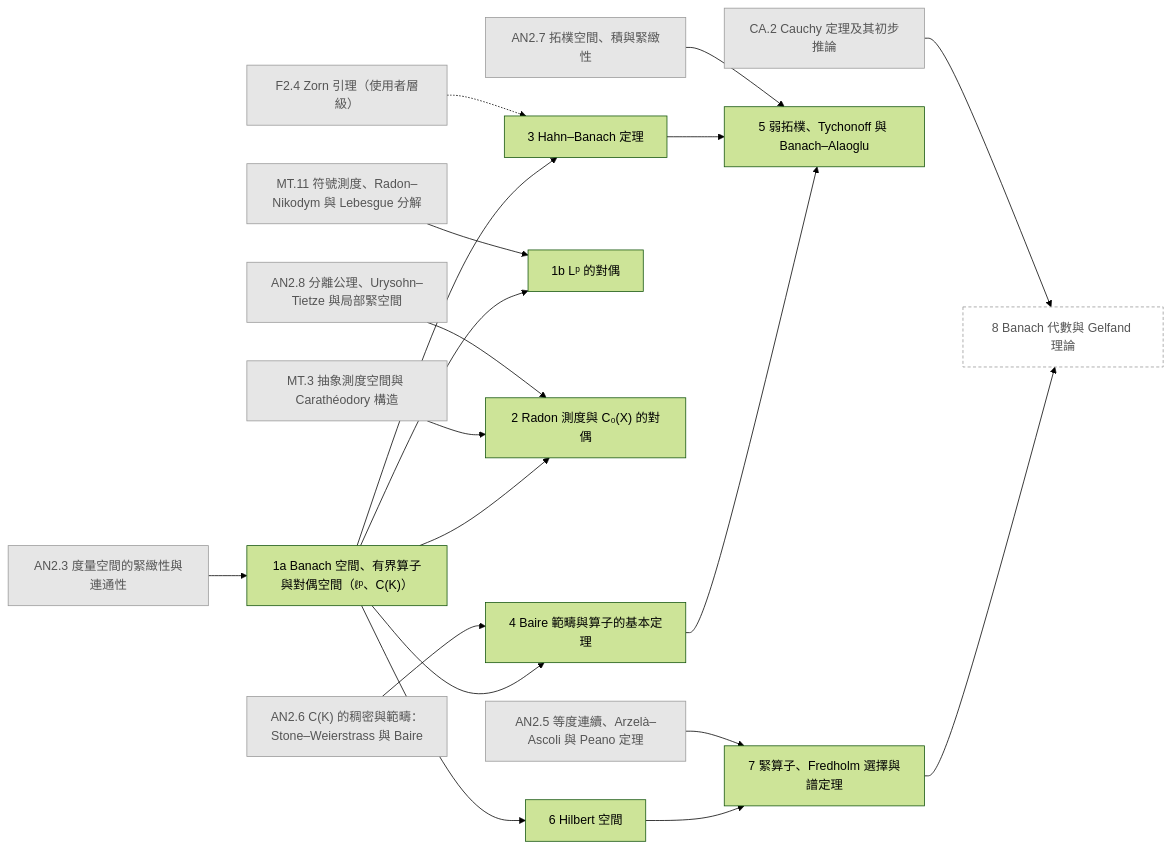
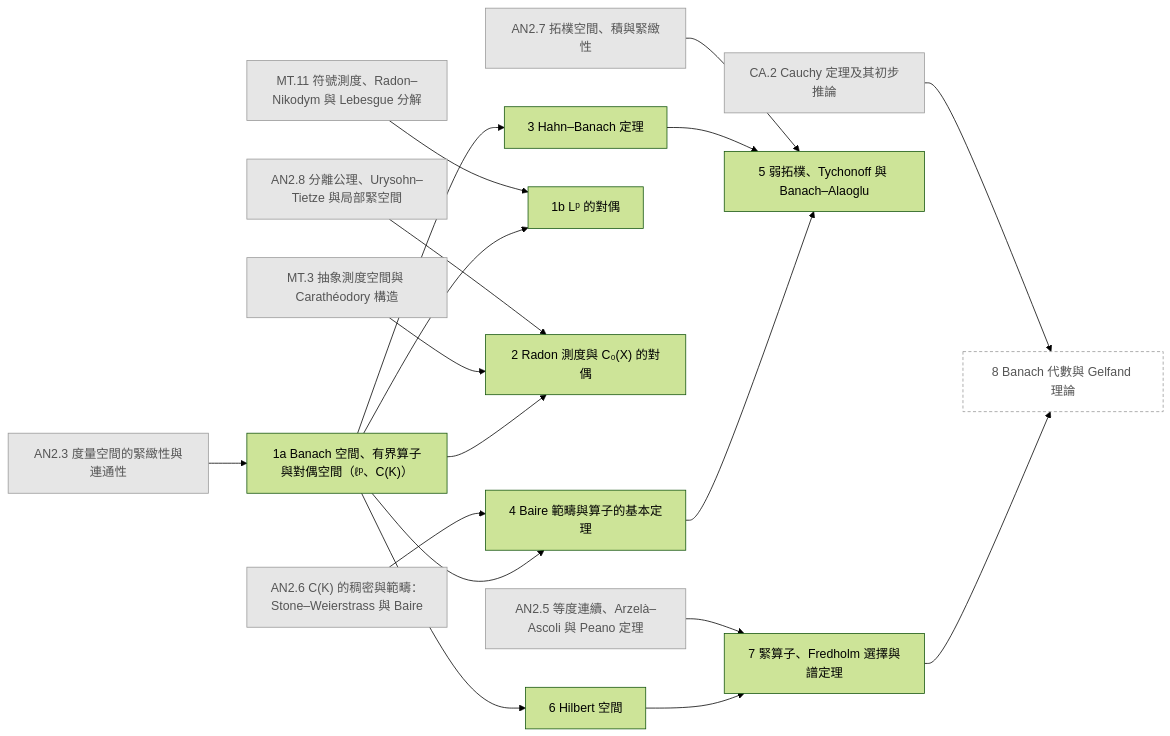
The diagram in generated/chapters/FA.mmd (AkizumiFox/math-atlas), drawn with Mermaid (forest theme) before and after one commit. The commit also changed 17 other files, not shown here.

```diff
--- a/generated/chapters/FA.mmd
+++ b/generated/chapters/FA.mmd
@@ -1,40 +1,38 @@
 flowchart LR
-  F2_4["F2.4 Zorn 引理（使用者層級）"]:::ext
   AN2_3["AN2.3 度量空間的緊緻性與連通性"]:::ext
   AN2_5["AN2.5 等度連續、Arzelà–Ascoli 與 Peano 定理"]:::ext
   AN2_6["AN2.6 C(K) 的稠密與範疇：Stone–Weierstrass 與 Baire"]:::ext
   AN2_7["AN2.7 拓樸空間、積與緊緻性"]:::ext
   AN2_8["AN2.8 分離公理、Urysohn–Tietze 與局部緊空間"]:::ext
   MT_3["MT.3 抽象測度空間與 Carathéodory 構造"]:::ext
   MT_11["MT.11 符號測度、Radon–Nikodym 與 Lebesgue 分解"]:::ext
   CA_2["CA.2 Cauchy 定理及其初步推論"]:::ext
   FA_1a["1a Banach 空間、有界算子與對偶空間（ℓᵖ、C(K)）"]
   FA_1b["1b Lᵖ 的對偶"]
   FA_2["2 Radon 測度與 C₀(X) 的對偶"]
   FA_3["3 Hahn–Banach 定理"]
   FA_4["4 Baire 範疇與算子的基本定理"]
   FA_5["5 弱拓樸、Tychonoff 與 Banach–Alaoglu"]
   FA_6["6 Hilbert 空間"]
   FA_7["7 緊算子、Fredholm 選擇與譜定理"]
   FA_8["8 Banach 代數與 Gelfand 理論"]:::opt
   AN2_3 --> FA_1a
   MT_11 --> FA_1b
   FA_1a --> FA_1b
   AN2_8 --> FA_2
   MT_3 --> FA_2
   FA_1a --> FA_2
-  F2_4 -.-> FA_3
   FA_1a --> FA_3
   AN2_6 --> FA_4
   FA_1a --> FA_4
   AN2_7 --> FA_5
   FA_3 --> FA_5
   FA_4 --> FA_5
   FA_1a --> FA_6
   AN2_5 --> FA_7
   FA_6 --> FA_7
   CA_2 --> FA_8
   FA_7 --> FA_8
   classDef ext fill:#e6e6e6,stroke:#999,color:#555
   classDef opt fill:#fff,stroke:#999,stroke-dasharray:4 3,color:#555
   classDef segb fill:#f6f6fb,stroke:#99a,color:#333
```
